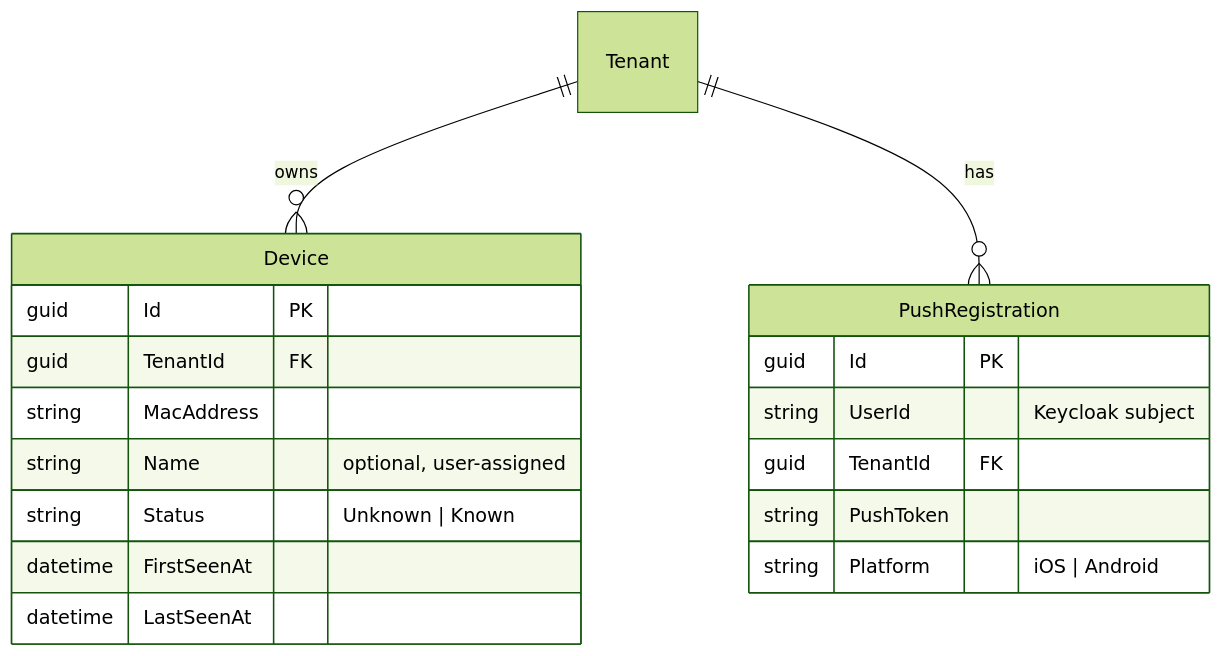
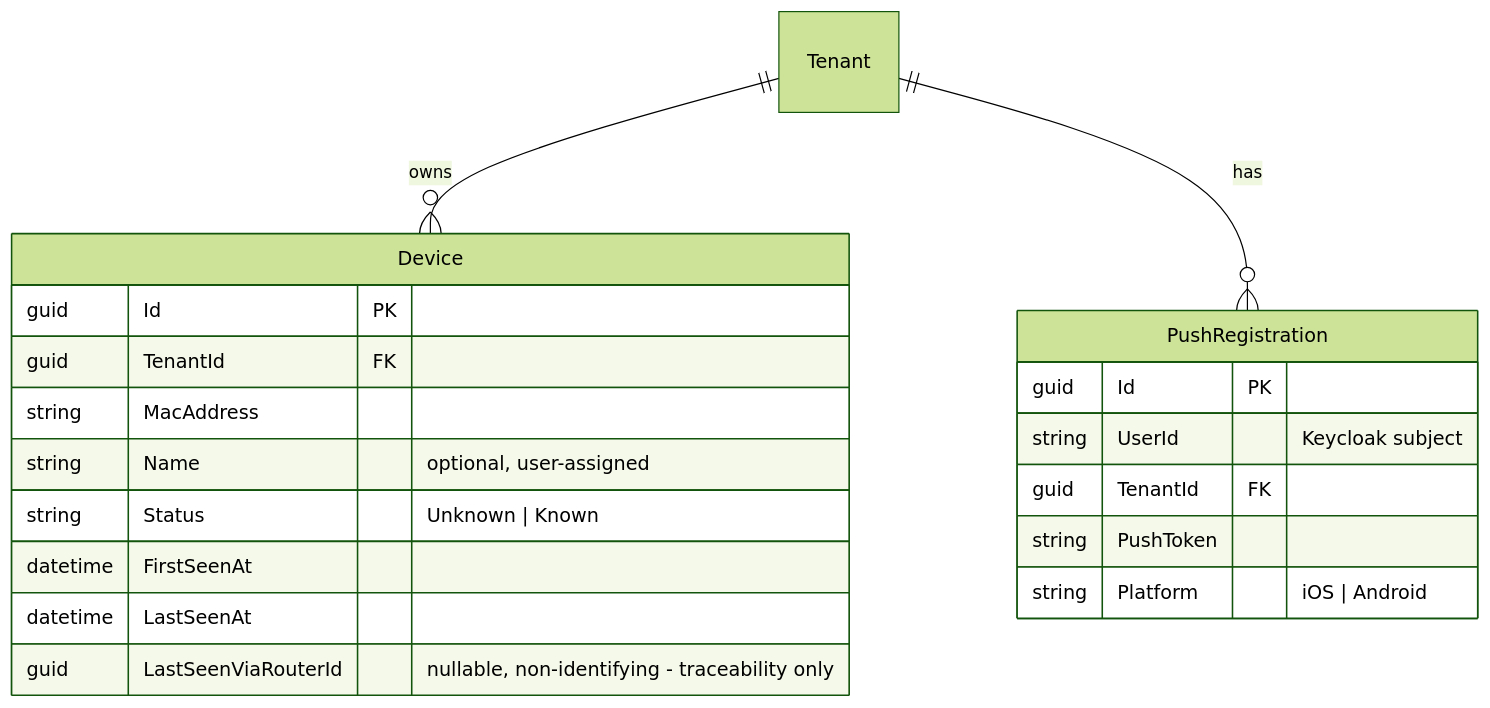
Before and after one commit to dzaba1/HomeSecurity: the first of 2 diagrams in docs/architecture/06-notifications.md, drawn with Mermaid (forest theme). The commit also changed other lines of this file and 8 other files, not shown here.

````diff
--- a/docs/architecture/06-notifications.md
+++ b/docs/architecture/06-notifications.md
@@ -12,22 +17,23 @@
 ```mermaid
 erDiagram
   Tenant ||--o{ Device : owns
   Tenant ||--o{ PushRegistration : has
 
   Device {
     guid Id PK
     guid TenantId FK
     string MacAddress
     string Name "optional, user-assigned"
     string Status "Unknown | Known"
     datetime FirstSeenAt
     datetime LastSeenAt
+    guid LastSeenViaRouterId "nullable, non-identifying - traceability only"
   }
   PushRegistration {
     guid Id PK
     string UserId "Keycloak subject"
     guid TenantId FK
     string PushToken
     string Platform "iOS | Android"
   }
 ```
````
